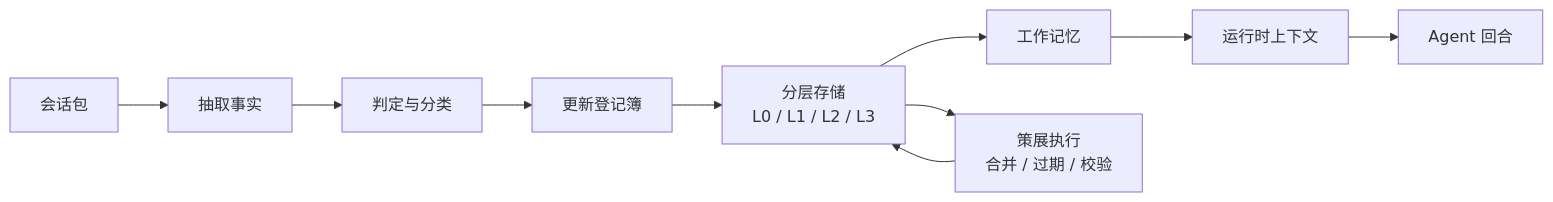
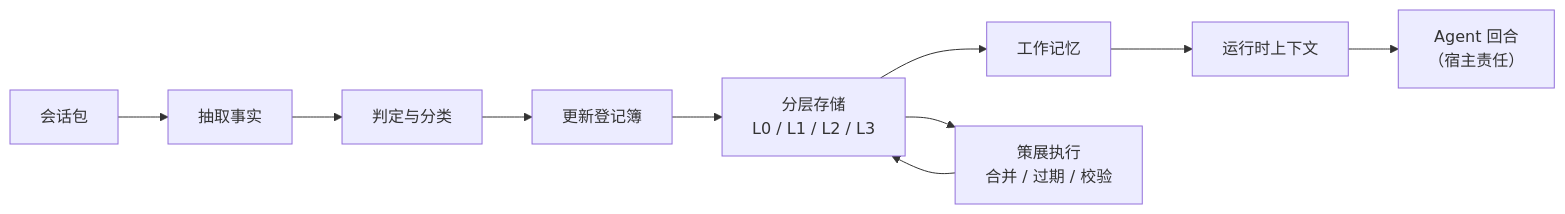
The diagram in README.zh.md (Wpoithge/PruneMem), drawn with Mermaid before and after one commit. The commit also changed other lines of this file and 1 other file, not shown here.

First line of the commit message:
docs(readme): point quick start to mcp-server.md; refine roadmap; clarify agent-turn boundary

````diff
--- a/README.zh.md
+++ b/README.zh.md
@@ -56,12 +56,12 @@
 ```mermaid
 flowchart LR
     A[会话包] --> B[抽取事实]
     B --> C[判定与分类]
     C --> D[更新登记簿]
     D --> E[分层存储<br/>L0 / L1 / L2 / L3]
     E --> F[工作记忆]
     F --> G[运行时上下文]
-    G --> H[Agent 回合]
+    G --> H[Agent 回合<br/>（宿主责任）]
     E --> I[策展执行<br/>合并 / 过期 / 校验]
     I --> E
 ```
````
